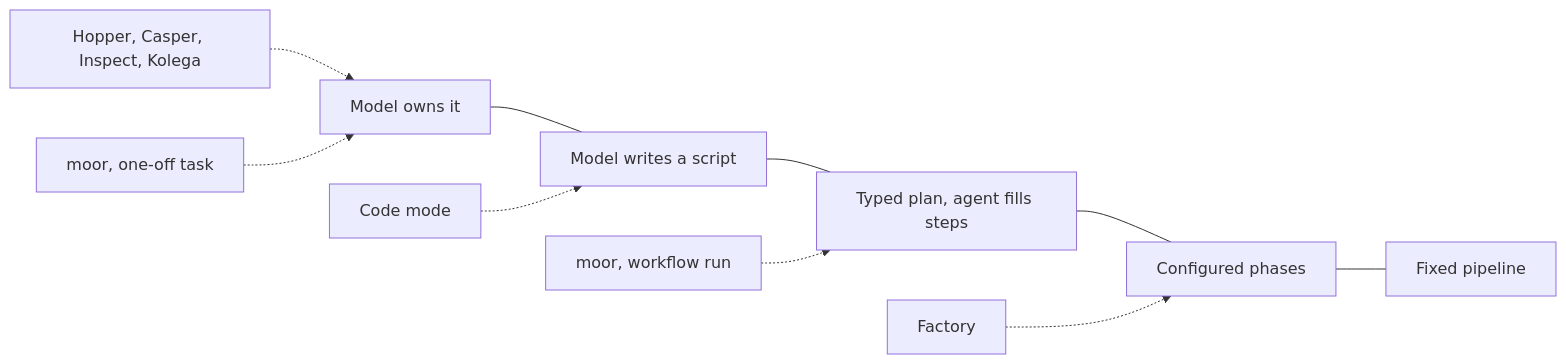
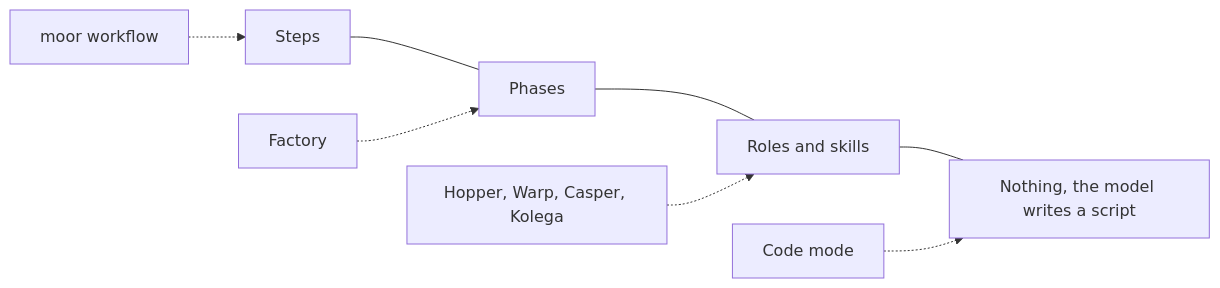
The first of 4 diagrams in docs/specs/position.md (IniZio/moor), drawn with Mermaid before and after one commit. The commit also changed other lines of this file, not shown here.

Commit message:
docs(specs): replace the step plan with skills and a contract

````diff
--- a/docs/specs/position.md
+++ b/docs/specs/position.md
@@ -41,9 +34,8 @@
 ```mermaid
 flowchart LR
-	A[Model owns it] --- B[Model writes a script] --- C[Typed plan, agent fills steps] --- D[Configured phases] --- E[Fixed pipeline]
-	A1[Hopper, Casper, Inspect, Kolega] -.-> A
-	A2[moor, one-off task] -.-> A
-	B1[Code mode] -.-> B
-	C1[moor, workflow run] -.-> C
-	D1[Factory] -.-> D
+	S[Steps] --- P[Phases] --- K[Roles and skills] --- C[Nothing, the model writes a script]
+	S1[moor workflow] -.-> S
+	P1[Factory] -.-> P
+	K1[Hopper, Warp, Casper, Kolega] -.-> K
+	C1[Code mode] -.-> C
 ```
````
